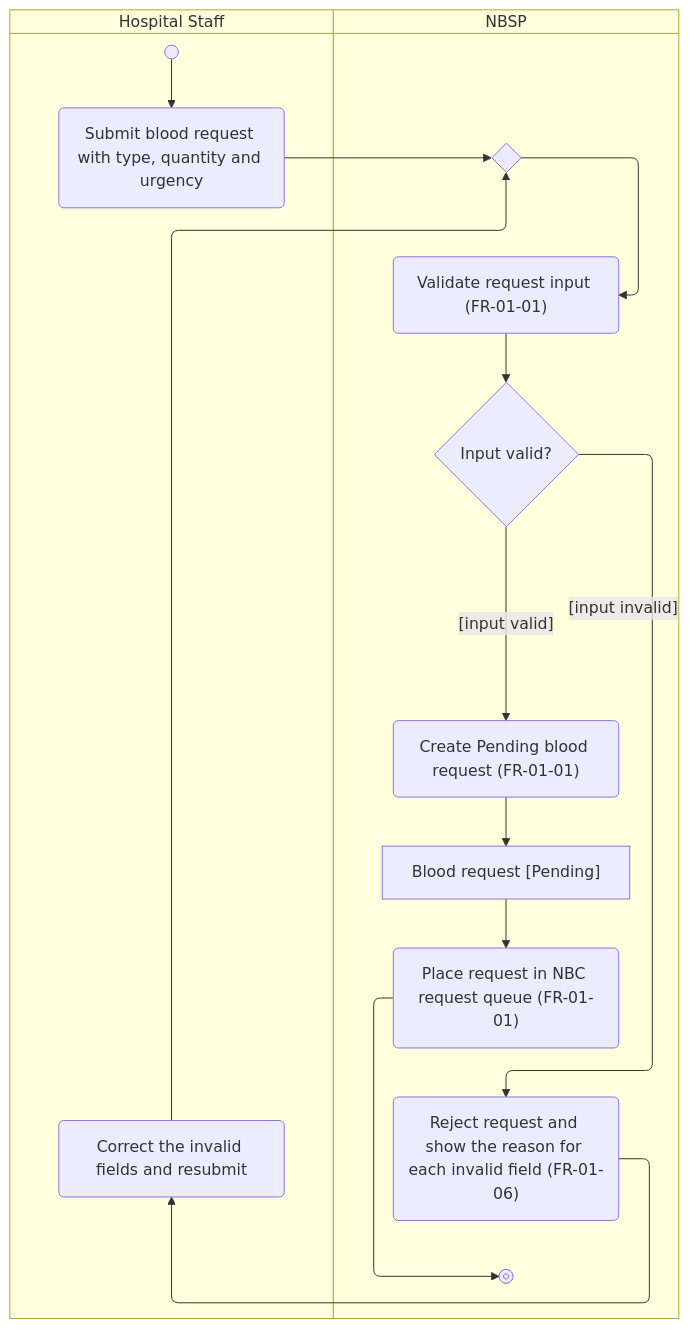
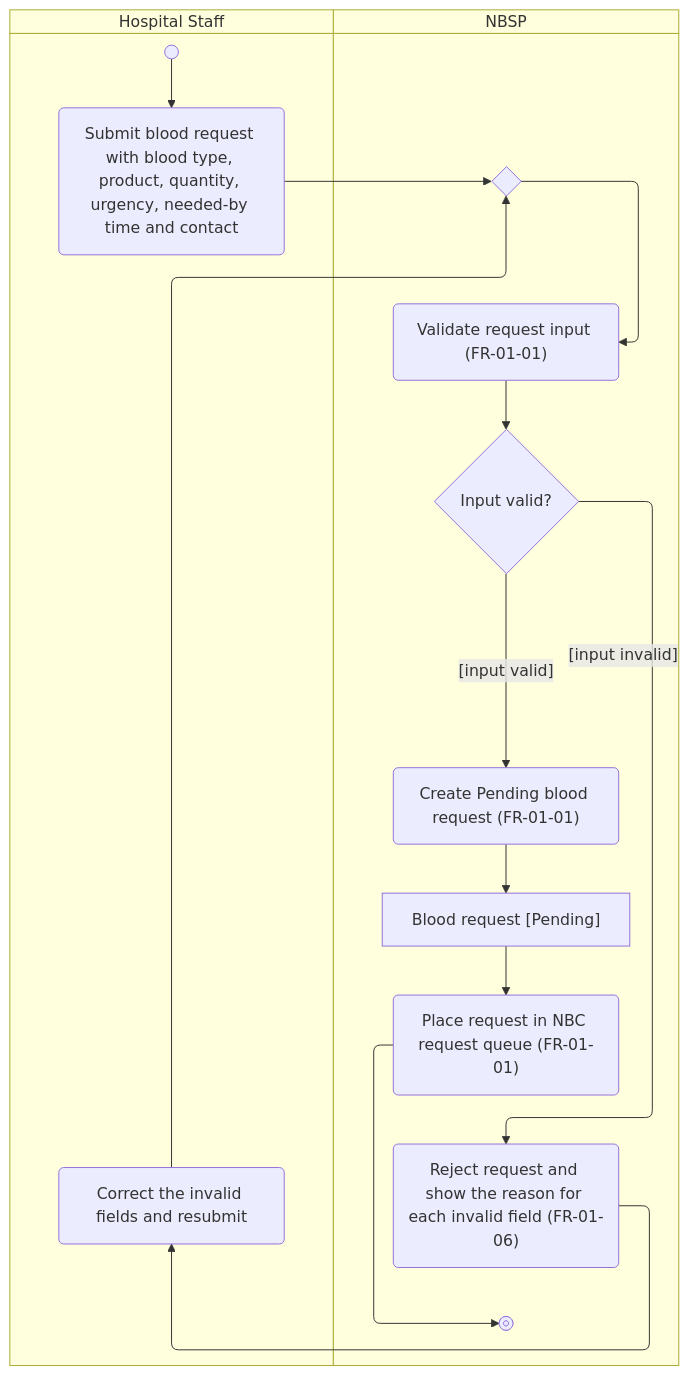
One commit to Nhan2772/DBIZ2-GROUPC-NationalBloodSupplyPlatform changed the diagram in activity/AD-UC-01.md. Above: the diagram before and after it, drawn with Mermaid. The commit also changed other lines of this file, not shown here.

First line of the commit message:
Revise use case AD-UC-01 for blood request process

````diff
--- a/activity/AD-UC-01.md
+++ b/activity/AD-UC-01.md
@@ -22,21 +22,21 @@
 ```mermaid
 swimlane-beta TB
   subgraph HS["Hospital Staff"]
     start@{ shape: sm-circ }
-    a1("Submit blood request with type, quantity and urgency")
+    a1("Submit blood request with blood type, product, quantity, urgency, needed-by time and contact")
     a2("Correct the invalid fields and resubmit")
   end
   subgraph SYS["NBSP"]
     m1{" "}
     s1("Validate request input (FR-01-01)")
     d1{"Input valid?"}
     s4("Reject request and show the reason for each invalid field (FR-01-06)")
     s2("Create Pending blood request (FR-01-01)")
     o1["Blood request [Pending]"]
     s3("Place request in NBC request queue (FR-01-01)")
     stop1@{ shape: fr-circ }
   end
   start --> a1 --> m1 --> s1 --> d1
   d1 -->|"[input valid]"| s2 --> o1 --> s3 --> stop1
   d1 -->|"[input invalid]"| s4 --> a2 --> m1
 ```
````
